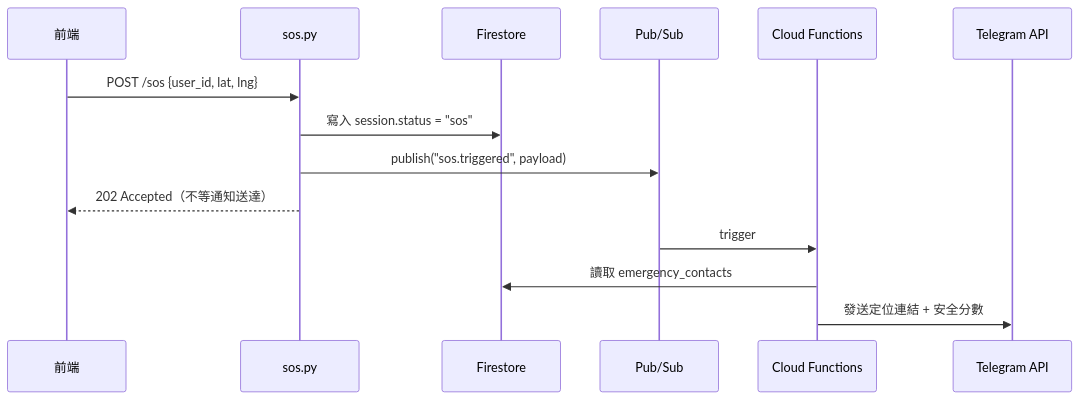
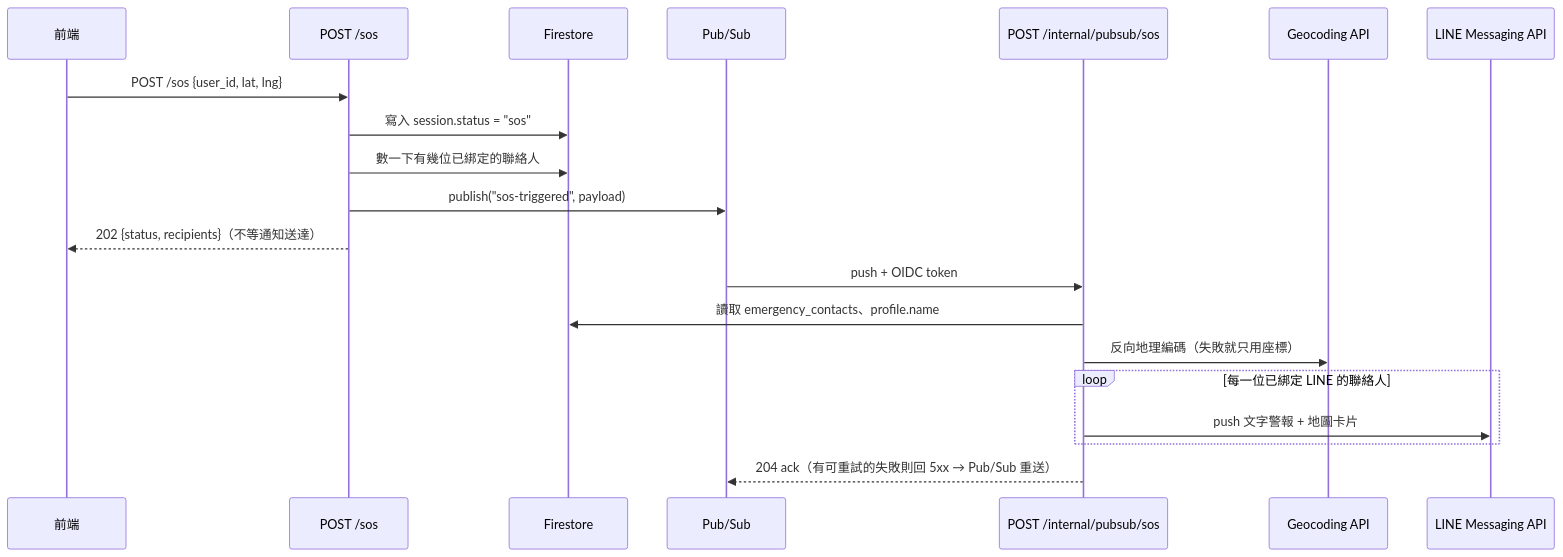
The third of 3 diagrams in backend-architecture.md (chouenyu0808/NightMaMa), drawn with Mermaid before and after one commit. The commit also changed other lines of this file and 15 other files, not shown here.

First line of the commit message:
feat: SOS 通知改走 Pub/Sub —— 推播全部聯絡人，並附 LINE 原生地圖卡片

````diff
--- a/backend-architecture.md
+++ b/backend-architecture.md
@@ -174,17 +186,23 @@
 ```mermaid
 sequenceDiagram
     participant FE as 前端
-    participant S as sos.py
+    participant S as POST /sos
     participant FS as Firestore
     participant PS as Pub/Sub
-    participant FN as Cloud Functions
-    participant TG as Telegram API
+    participant C as POST /internal/pubsub/sos
+    participant GM as Geocoding API
+    participant LN as LINE Messaging API
 
     FE->>S: POST /sos {user_id, lat, lng}
     S->>FS: 寫入 session.status = "sos"
-    S->>PS: publish("sos.triggered", payload)
-    S-->>FE: 202 Accepted（不等通知送達）
-    PS->>FN: trigger
-    FN->>FS: 讀取 emergency_contacts
-    FN->>TG: 發送定位連結 + 安全分數
+    S->>FS: 數一下有幾位已綁定的聯絡人
+    S->>PS: publish("sos-triggered", payload)
+    S-->>FE: 202 {status, recipients}（不等通知送達）
+    PS->>C: push + OIDC token
+    C->>FS: 讀取 emergency_contacts、profile.name
+    C->>GM: 反向地理編碼（失敗就只用座標）
+    loop 每一位已綁定 LINE 的聯絡人
+        C->>LN: push 文字警報 + 地圖卡片
+    end
+    C-->>PS: 204 ack（有可重試的失敗則回 5xx → Pub/Sub 重送）
 ```
````
